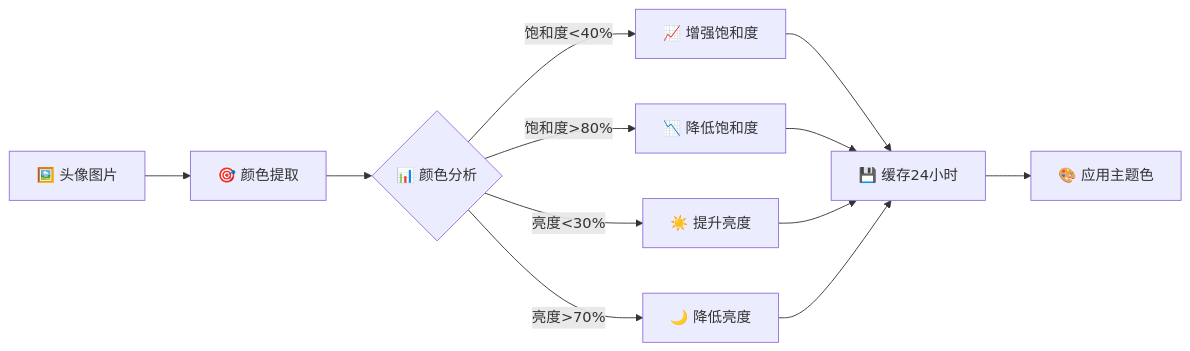
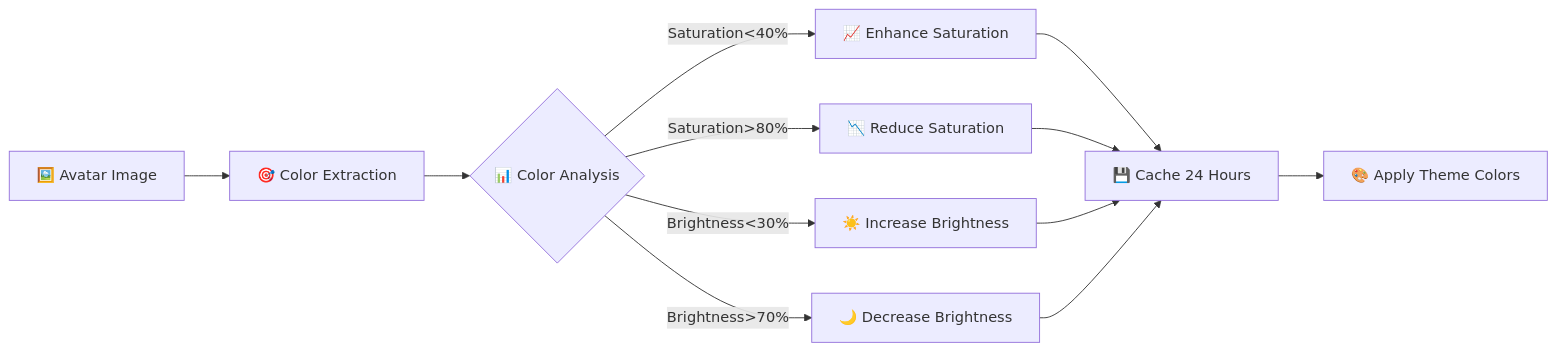
Before and after one commit to none-ai/openhome: the third of 4 diagrams in README.md, drawn with Mermaid. The commit also changed other lines of this file and 2 other files, not shown here.

````diff
--- a/README.md
+++ b/README.md
@@ -107,14 +108,14 @@
 ```mermaid
 flowchart LR
-    A[🖼️ 头像图片] --> B[🎯 颜色提取]
-    B --> C{📊 颜色分析}
-    C -->|饱和度<40%| D[📈 增强饱和度]
-    C -->|饱和度>80%| E[📉 降低饱和度]
-    C -->|亮度<30%| F[☀️ 提升亮度]
-    C -->|亮度>70%| G[🌙 降低亮度]
-    D --> H[💾 缓存24小时]
+    A[🖼️ Avatar Image] --> B[🎯 Color Extraction]
+    B --> C{📊 Color Analysis}
+    C -->|Saturation<40%| D[📈 Enhance Saturation]
+    C -->|Saturation>80%| E[📉 Reduce Saturation]
+    C -->|Brightness<30%| F[☀️ Increase Brightness]
+    C -->|Brightness>70%| G[🌙 Decrease Brightness]
+    D --> H[💾 Cache 24 Hours]
     E --> H
     F --> H
     G --> H
-    H --> I[🎨 应用主题色]
+    H --> I[🎨 Apply Theme Colors]
 ```
````
